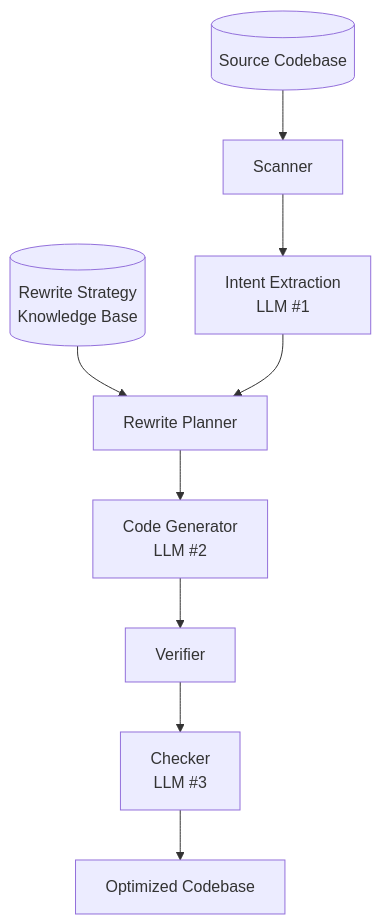
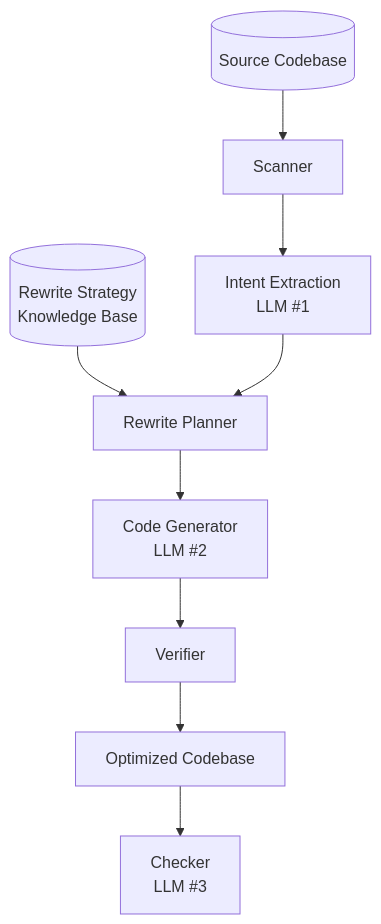
The diagram in README.md (dannykhant/adco), drawn with Mermaid before and after one commit. The commit also changed other lines of this file and 1 other file, not shown here.

````diff
--- a/README.md
+++ b/README.md
@@ -7,11 +7,11 @@
 ```mermaid
 flowchart TD
     A[("Source Codebase")] --> B["Scanner"]
     B --> C["Intent Extraction<br/>LLM #1"]
     KB[("Rewrite Strategy<br/>Knowledge Base")] --> D["Rewrite Planner"]
     C --> D
     D --> E["Code Generator<br/>LLM #2"]
     E --> F["Verifier"]
-    F --> G["Checker<br/>LLM #3"]
-    G --> H["Optimized Codebase"]
+    F --> G["Optimized Codebase"]
+    G --> H["Checker<br/>LLM #3"]
 ```
````
